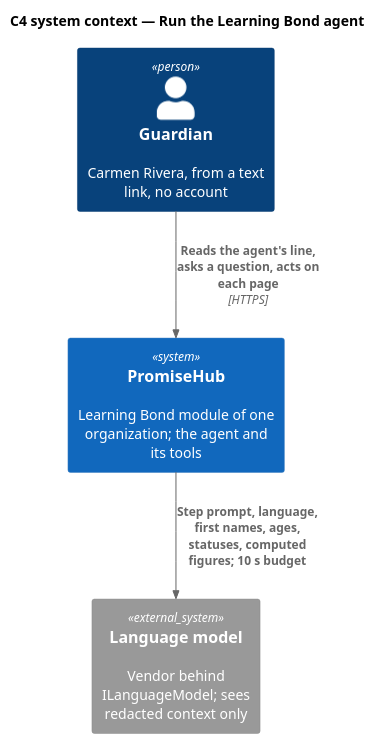
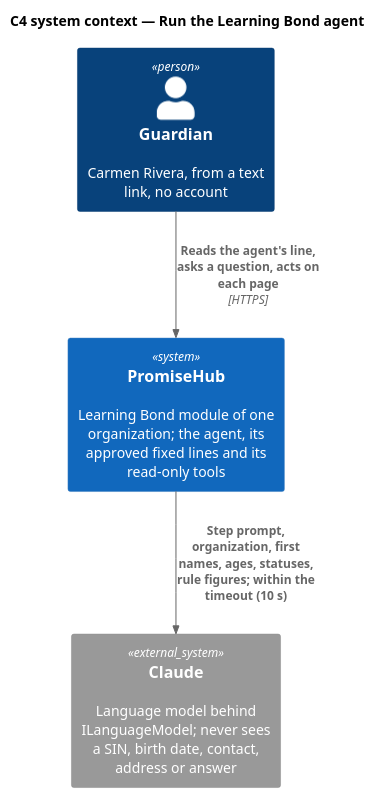
Before and after one commit to QuinntyneBrown/promise-hub: the diagram in docs/detailed-designs/learning-bond/run-learning-bond-agent/diagrams/c4-context.puml, drawn with PlantUML. The commit also changed 93 other files, not shown here.

First line of the commit message:
Align the agent docs with what was built (prompt 92)

```diff
--- a/docs/detailed-designs/learning-bond/run-learning-bond-agent/diagrams/c4-context.puml
+++ b/docs/detailed-designs/learning-bond/run-learning-bond-agent/diagrams/c4-context.puml
@@ -1,9 +1,9 @@
 @startuml
 !include <C4/C4_Context>
 title C4 system context — Run the Learning Bond agent
 Person(guardian, "Guardian", "Carmen Rivera, from a text link, no account")
-System(ph, "PromiseHub", "Learning Bond module of one organization; the agent and its tools")
-System_Ext(llm, "Language model", "Vendor behind ILanguageModel; sees redacted context only")
+System(ph, "PromiseHub", "Learning Bond module of one organization; the agent, its approved fixed lines and its read-only tools")
+System_Ext(llm, "Claude", "Language model behind ILanguageModel; never sees a SIN, birth date, contact, address or answer")
 Rel(guardian, ph, "Reads the agent's line, asks a question, acts on each page", "HTTPS")
-Rel(ph, llm, "Step prompt, language, first names, ages, statuses, computed figures; 10 s budget")
+Rel(ph, llm, "Step prompt, organization, first names, ages, statuses, rule figures; within the timeout (10 s)")
 @enduml
```
